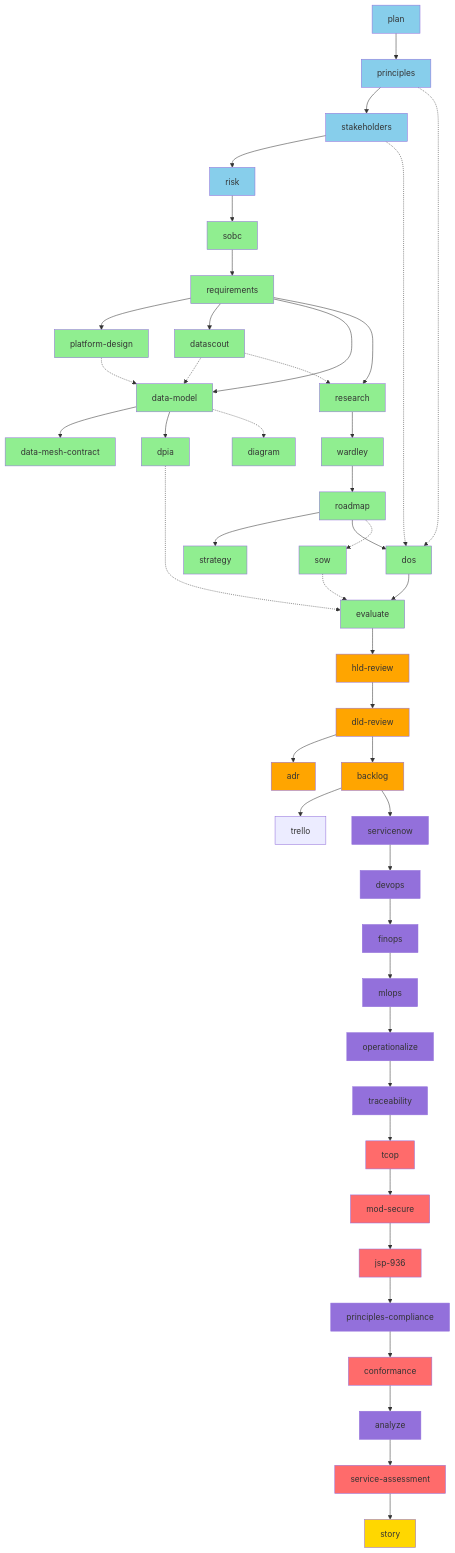
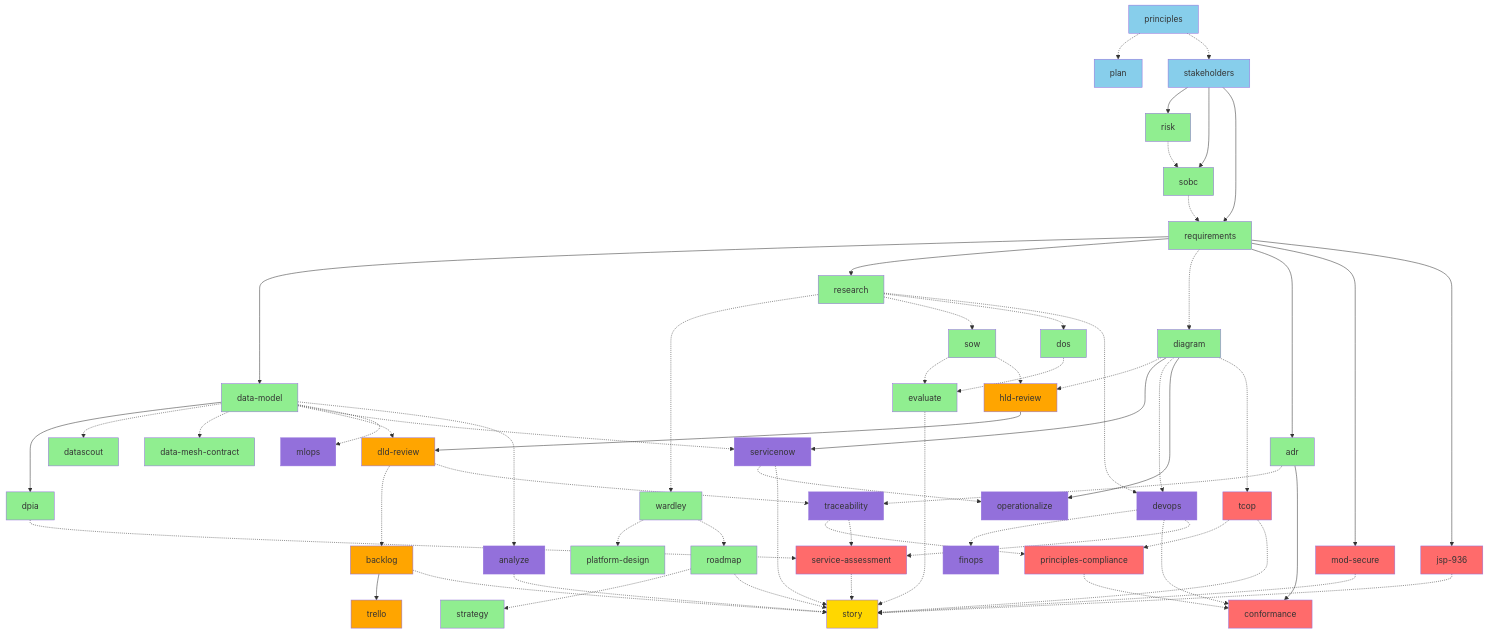
The fifth of 14 diagrams in docs/WORKFLOW-DIAGRAMS.md (tractorjuice/arc-kit), drawn with Mermaid before and after one commit. The commit also changed other lines of this file, not shown here.

First line of the commit message:
docs: redraw WORKFLOW-DIAGRAMS.md from the dependency data

````diff
--- a/docs/WORKFLOW-DIAGRAMS.md
+++ b/docs/WORKFLOW-DIAGRAMS.md
@@ -470,104 +679,155 @@
 ```mermaid
 graph TD
-    %% Tier 0-1: Foundation
-    A[plan] --> B[principles]
-    B --> C[stakeholders]
-    C --> D[risk]
+    %% Tier 0
+    principles[principles]
+    plan[plan]
+    %% Tier 1
+    stakeholders[stakeholders]
+    %% Tier 2
+    risk[risk]
+    %% Tier 3
+    sobc[sobc]
+    %% Tier 4
+    requirements[requirements]
+    %% Tier 5
+    platform_design[platform-design]
+    roadmap[roadmap]
+    strategy[strategy]
+    %% Tier 6
+    data_model[data-model]
+    dpia[dpia]
+    research[research]
+    datascout[datascout]
+    wardley[wardley]
+    diagram[diagram]
+    adr[adr]
+    data_mesh_contract[data-mesh-contract]
+    %% Tier 7
+    sow[sow]
+    dos[dos]
+    evaluate[evaluate]
+    %% Tier 8
+    hld_review[hld-review]
+    dld_review[dld-review]
+    %% Tier 9
+    backlog[backlog]
+    %% Tier 10
+    trello[trello]
+    %% Tier 11
+    servicenow[servicenow]
+    devops[devops]
+    mlops[mlops]
+    finops[finops]
+    operationalize[operationalize]
+    traceability[traceability]
+    %% Tier 12
+    analyze[analyze]
+    %% Tier 13
+    principles_compliance[principles-compliance]
+    conformance[conformance]
+    service_assessment[service-assessment]
+    tcop[tcop]
+    mod_secure[mod-secure]
+    jsp_936[jsp-936]
+    %% Tier 14
+    story[story]
 
-    %% Tier 2-4: Business Case & Requirements
-    D --> E[sobc]
-    E --> F[requirements]
+    principles -.-> plan
+    principles -.-> stakeholders
+    stakeholders --> risk
+    stakeholders --> sobc
+    risk -.-> sobc
+    stakeholders --> requirements
+    sobc -.-> requirements
+    wardley -.-> platform_design
+    wardley -.-> roadmap
+    roadmap -.-> strategy
+    requirements --> data_model
+    data_model --> dpia
+    requirements --> research
+    data_model -.-> datascout
+    research -.-> wardley
+    requirements -.-> diagram
+    requirements --> adr
+    data_model -.-> data_mesh_contract
+    research -.-> sow
+    research -.-> dos
+    sow -.-> evaluate
+    dos -.-> evaluate
+    diagram -.-> hld_review
+    sow -.-> hld_review
+    data_model -.-> dld_review
+    hld_review --> dld_review
+    dld_review -.-> backlog
+    backlog --> trello
+    data_model -.-> servicenow
+    diagram --> servicenow
+    research -.-> devops
+    diagram -.-> devops
+    data_model -.-> mlops
+    devops -.-> finops
+    diagram --> operationalize
+    servicenow -.-> operationalize
+    adr -.-> traceability
+    dld_review -.-> traceability
+    data_model -.-> analyze
+    traceability -.-> principles_compliance
+    tcop -.-> principles_compliance
+    adr --> conformance
+    devops -.-> conformance
+    principles_compliance -.-> conformance
+    dpia -.-> service_assessment
+    devops -.-> service_assessment
+    traceability -.-> service_assessment
+    diagram -.-> tcop
+    requirements --> mod_secure
+    requirements --> jsp_936
+    roadmap -.-> story
+    evaluate -.-> story
+    backlog -.-> story
+    servicenow -.-> story
+    analyze -.-> story
+    service_assessment -.-> story
+    tcop -.-> story
+    mod_secure -.-> story
+    jsp_936 -.-> story
 
-    %% Tier 5-6: Strategy & Design
-    F --> G[platform-design]
-    F --> F1[datascout]
-    F1 -.-> H
-    F --> H[data-model]
-    G -.-> H
-    H --> I[data-mesh-contract]
-    H --> J[dpia]
-    F --> K[research]
-    F1 -.-> K
-    K --> L[wardley]
-    L --> M[roadmap]
-    M --> M1[strategy]
-    H -.-> V[diagram]
-
-    %% Tier 7: MOD Procurement
-    B -.-> N[dos]
-    C -.-> N
-    M --> N
-    N --> O[evaluate]
-    M -.-> P[sow]
-    P -.-> O
-    J -.-> O
-
-    %% Tier 8: Design Reviews
-    O --> Q[hld-review]
-    Q --> R[dld-review]
-    R --> S[adr]
-
-    %% Tier 9: Implementation
-    R --> T[backlog]
-
-    %% Tier 10: Backlog Export
-    T --> T1t[trello]
-
-    %% Tier 11-12: Operations & Quality
-    T --> W[servicenow]
-    W --> W1[devops]
-    W1 --> W1a[finops]
-    W1a --> W2[mlops]
-    W2 --> W3[operationalize]
-    W3 --> X[traceability]
-
-    %% Tier 13: MOD + AI Compliance
-    X --> X1[tcop]
-    X1 --> X2[mod-secure]
-    X2 --> X3[jsp-936]
-    X3 --> X4[principles-compliance]
-    X4 --> X5[conformance]
-    X5 --> Y[analyze]
-    Y --> Z[service-assessment]
-
-    %% Tier 14: Reporting
-    Z --> AA[story]
-
-    style A fill:#87CEEB
-    style B fill:#87CEEB
-    style C fill:#87CEEB
-    style D fill:#87CEEB
-    style E fill:#90EE90
-    style F fill:#90EE90
-    style F1 fill:#90EE90
-    style G fill:#90EE90
-    style H fill:#90EE90
-    style I fill:#90EE90
-    style J fill:#90EE90
-    style K fill:#90EE90
-    style L fill:#90EE90
-    style M fill:#90EE90
-    style M1 fill:#90EE90
-    style N fill:#90EE90
-    style O fill:#90EE90
-    style P fill:#90EE90
-    style Q fill:#FFA500
-    style R fill:#FFA500
-    style S fill:#FFA500
-    style T fill:#FFA500
-    style V fill:#90EE90
-    style W fill:#9370DB
-    style W1 fill:#9370DB
-    style W1a fill:#9370DB
-    style W2 fill:#9370DB
-    style W3 fill:#9370DB
-    style X fill:#9370DB
-    style X1 fill:#FF6B6B
-    style X2 fill:#FF6B6B
-    style X3 fill:#FF6B6B
-    style X4 fill:#9370DB
-    style X5 fill:#FF6B6B
-    style Y fill:#9370DB
-    style Z fill:#FF6B6B
-    style AA fill:#FFD700
+    style principles fill:#87CEEB
+    style plan fill:#87CEEB
+    style stakeholders fill:#87CEEB
+    style risk fill:#90EE90
+    style sobc fill:#90EE90
+    style requirements fill:#90EE90
+    style platform_design fill:#90EE90
+    style roadmap fill:#90EE90
+    style strategy fill:#90EE90
+    style data_model fill:#90EE90
+    style dpia fill:#90EE90
+    style research fill:#90EE90
+    style datascout fill:#90EE90
+    style wardley fill:#90EE90
+    style diagram fill:#90EE90
+    style adr fill:#90EE90
+    style data_mesh_contract fill:#90EE90
+    style sow fill:#90EE90
+    style dos fill:#90EE90
+    style evaluate fill:#90EE90
+    style hld_review fill:#FFA500
+    style dld_review fill:#FFA500
+    style backlog fill:#FFA500
+    style trello fill:#FFA500
+    style servicenow fill:#9370DB
+    style devops fill:#9370DB
+    style mlops fill:#9370DB
+    style finops fill:#9370DB
+    style operationalize fill:#9370DB
+    style traceability fill:#9370DB
+    style analyze fill:#9370DB
+    style principles_compliance fill:#FF6B6B
+    style conformance fill:#FF6B6B
+    style service_assessment fill:#FF6B6B
+    style tcop fill:#FF6B6B
+    style mod_secure fill:#FF6B6B
+    style jsp_936 fill:#FF6B6B
+    style story fill:#FFD700
 ```
````
